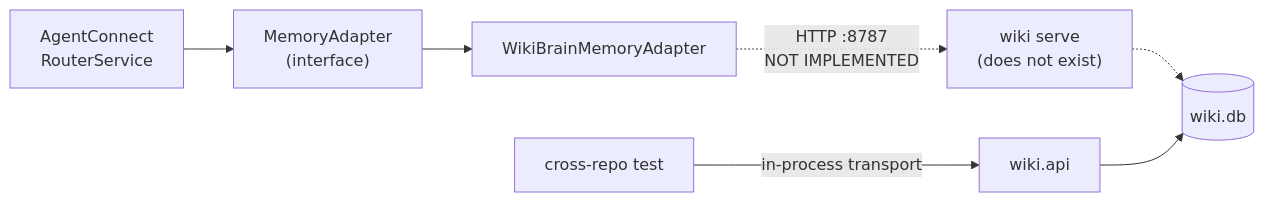
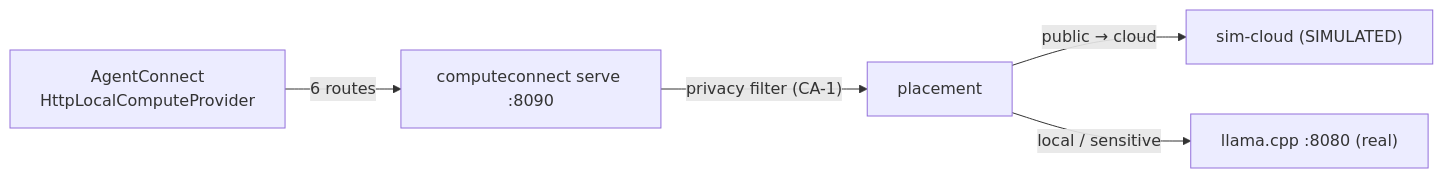
One commit to Judgernaut777/Connect changed the sixth of 8 diagrams in ARCHITECTURE.md. Above: the diagram before and after it, drawn with Mermaid. The commit also changed other lines of this file and 7 other files, not shown here.

````diff
--- a/ARCHITECTURE.md
+++ b/ARCHITECTURE.md
@@ -122,9 +162,7 @@
 ```mermaid
 flowchart LR
-    ac["AgentConnect<br/>RouterService"] --> ma["MemoryAdapter<br/>(interface)"]
-    ma --> wba["WikiBrainMemoryAdapter"]
-    wba -.->|"HTTP :8787<br/>NOT IMPLEMENTED"| serve["wiki serve<br/>(does not exist)"]
-    serve -.-> bcdb[("wiki.db")]
-    test["cross-repo test"] -->|"in-process transport"| api["wiki.api"]
-    api --> bcdb
+    ac["AgentConnect<br/>HttpLocalComputeProvider"] -->|"6 routes"| cc["computeconnect serve :8090"]
+    cc -->|"privacy filter (CA-1)"| place["placement"]
+    place -->|"public → cloud"| sim["sim-cloud (SIMULATED)"]
+    place -->|"local / sensitive"| llama["llama.cpp :8080 (real)"]
 ```
````
